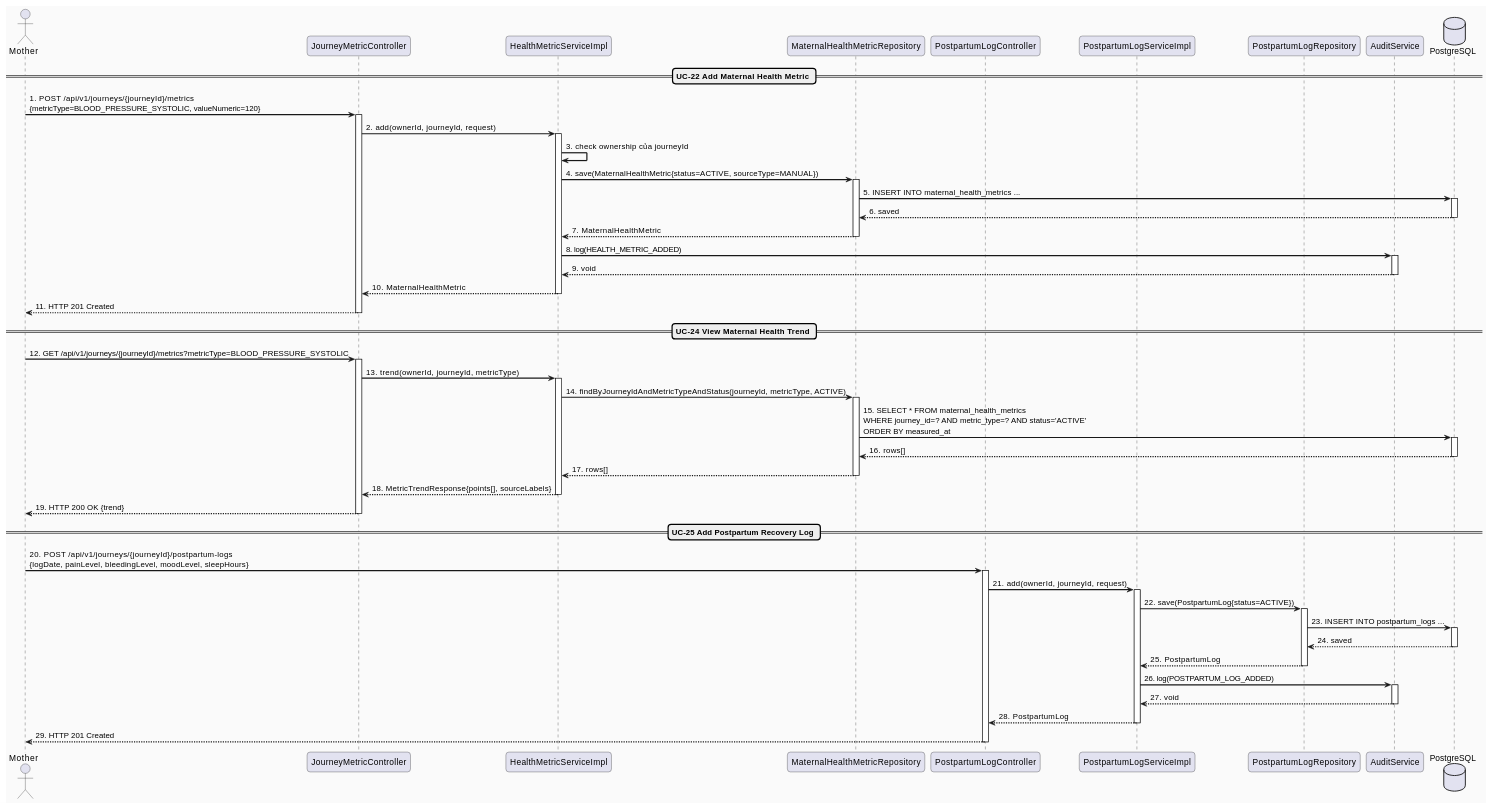
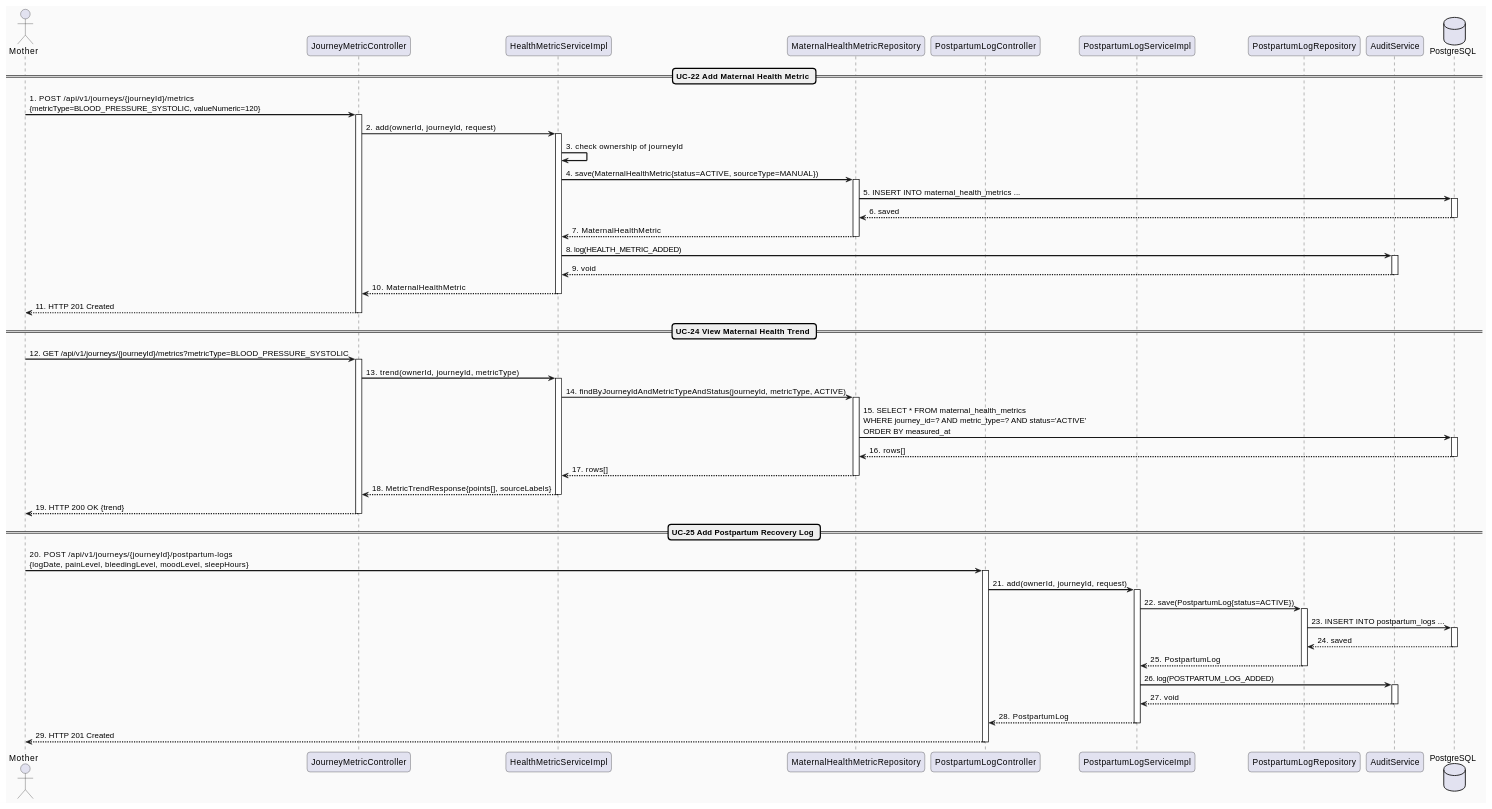
Before and after one commit to ChuongBDHE172784/CareBridge_SEP490_G79: the second of 3 diagrams in docs/Detailed_Design/MF02_Mother_Care_Journey/02_Maternal_Health_Postpartum_Tracking.md, drawn with PlantUML. The commit also changed 49 other files, not shown here.

Commit message:
docs: translate technical design documentation and sequence diagrams to English

````diff
--- a/docs/Detailed_Design/MF02_Mother_Care_Journey/02_Maternal_Health_Postpartum_Tracking.md
+++ b/docs/Detailed_Design/MF02_Mother_Care_Journey/02_Maternal_Health_Postpartum_Tracking.md
@@ -137,81 +137,81 @@
 ```plantuml
 @startuml MF02_02_MetricPostpartum_SequenceDiagram
 skinparam sequenceArrowThickness 2
 skinparam roundcorner 10
 skinparam backgroundColor #FAFAFA
 
 actor "Mother" as M
 participant "JourneyMetricController" as MetricController
 participant "HealthMetricServiceImpl" as MetricService
 participant "MaternalHealthMetricRepository" as MetricRepo
 participant "PostpartumLogController" as LogController
 participant "PostpartumLogServiceImpl" as LogService
 participant "PostpartumLogRepository" as LogRepo
 participant "AuditService" as Audit
 database "PostgreSQL" as DB
 
 == UC-22 Add Maternal Health Metric ==
 M -> MetricController : 1. POST /api/v1/journeys/{journeyId}/metrics\n{metricType=BLOOD_PRESSURE_SYSTOLIC, valueNumeric=120}
 activate MetricController
 MetricController -> MetricService : 2. add(ownerId, journeyId, request)
 activate MetricService
-MetricService -> MetricService : 3. check ownership của journeyId
+MetricService -> MetricService : 3. check ownership of journeyId
 MetricService -> MetricRepo : 4. save(MaternalHealthMetric{status=ACTIVE, sourceType=MANUAL})
 activate MetricRepo
 MetricRepo -> DB : 5. INSERT INTO maternal_health_metrics ...
 activate DB
 DB --> MetricRepo : 6. saved
 deactivate DB
 MetricRepo --> MetricService : 7. MaternalHealthMetric
 deactivate MetricRepo
 MetricService -> Audit : 8. log(HEALTH_METRIC_ADDED)
 activate Audit
 Audit --> MetricService : 9. void
 deactivate Audit
 MetricService --> MetricController : 10. MaternalHealthMetric
 deactivate MetricService
 MetricController --> M : 11. HTTP 201 Created
 deactivate MetricController
 
 == UC-24 View Maternal Health Trend ==
 M -> MetricController : 12. GET /api/v1/journeys/{journeyId}/metrics?metricType=BLOOD_PRESSURE_SYSTOLIC
 activate MetricController
 MetricController -> MetricService : 13. trend(ownerId, journeyId, metricType)
 activate MetricService
 MetricService -> MetricRepo : 14. findByJourneyIdAndMetricTypeAndStatus(journeyId, metricType, ACTIVE)
 activate MetricRepo
 MetricRepo -> DB : 15. SELECT * FROM maternal_health_metrics\nWHERE journey_id=? AND metric_type=? AND status='ACTIVE'\nORDER BY measured_at
 activate DB
 DB --> MetricRepo : 16. rows[]
 deactivate DB
 MetricRepo --> MetricService : 17. rows[]
 deactivate MetricRepo
 MetricService --> MetricController : 18. MetricTrendResponse{points[], sourceLabels}
 deactivate MetricService
 MetricController --> M : 19. HTTP 200 OK {trend}
 deactivate MetricController
 
 == UC-25 Add Postpartum Recovery Log ==
 M -> LogController : 20. POST /api/v1/journeys/{journeyId}/postpartum-logs\n{logDate, painLevel, bleedingLevel, moodLevel, sleepHours}
 activate LogController
 LogController -> LogService : 21. add(ownerId, journeyId, request)
 activate LogService
 LogService -> LogRepo : 22. save(PostpartumLog{status=ACTIVE})
 activate LogRepo
 LogRepo -> DB : 23. INSERT INTO postpartum_logs ...
 activate DB
 DB --> LogRepo : 24. saved
 deactivate DB
 LogRepo --> LogService : 25. PostpartumLog
 deactivate LogRepo
 LogService -> Audit : 26. log(POSTPARTUM_LOG_ADDED)
 activate Audit
 Audit --> LogService : 27. void
 deactivate Audit
 LogService --> LogController : 28. PostpartumLog
 deactivate LogService
 LogController --> M : 29. HTTP 201 Created
 deactivate LogController
 
 @enduml
 ```
````
